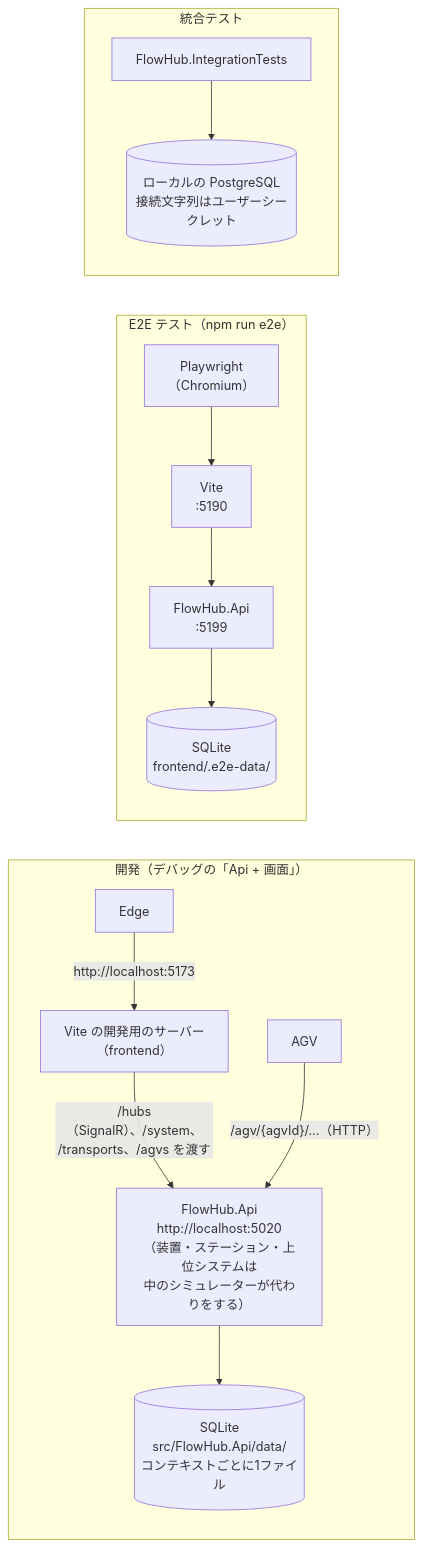
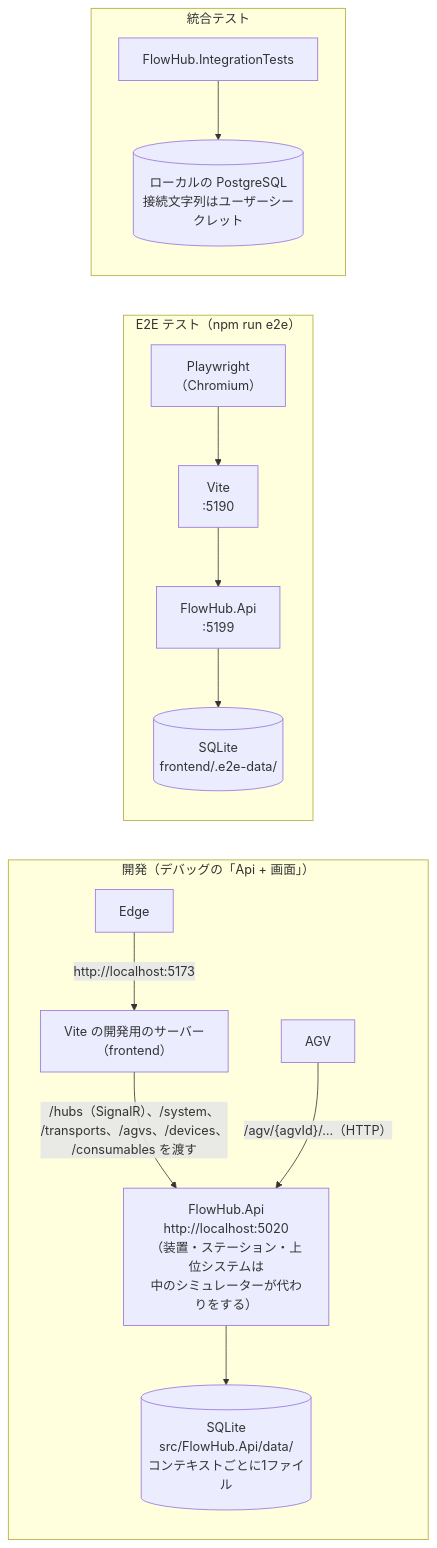
Before and after one commit to kkobaoh/flow-hub: the second of 3 diagrams in CLAUDE.md, drawn with Mermaid. The commit also changed 34 other files, not shown here.

````diff
--- a/CLAUDE.md
+++ b/CLAUDE.md
@@ -177,15 +177,15 @@
 ```mermaid
 flowchart LR
     subgraph dev["開発（デバッグの「Api + 画面」）"]
         Edge["Edge"] -->|"http://localhost:5173"| Vite["Vite の開発用のサーバー<br/>（frontend）"]
-        Vite -->|"/hubs（SignalR）、/system、<br/>/transports、/agvs を渡す"| Api["FlowHub.Api<br/>http://localhost:5020<br/>（装置・ステーション・上位システムは<br/>中のシミュレーターが代わりをする）"]
+        Vite -->|"/hubs（SignalR）、/system、<br/>/transports、/agvs、/devices、<br/>/consumables を渡す"| Api["FlowHub.Api<br/>http://localhost:5020<br/>（装置・ステーション・上位システムは<br/>中のシミュレーターが代わりをする）"]
         AGV["AGV"] -->|"/agv/{agvId}/…（HTTP）"| Api
         Api --> Sqlite[("SQLite<br/>src/FlowHub.Api/data/<br/>コンテキストごとに1ファイル")]
     end
     subgraph e2e["E2E テスト（npm run e2e）"]
         Chromium["Playwright<br/>（Chromium）"] --> ViteE2E["Vite<br/>:5190"] --> ApiE2E["FlowHub.Api<br/>:5199"] --> SqliteE2E[("SQLite<br/>frontend/.e2e-data/")]
     end
     subgraph it["統合テスト"]
         IntegrationTests["FlowHub.IntegrationTests"] --> Postgres[("ローカルの PostgreSQL<br/>接続文字列はユーザーシークレット")]
     end
 ```
````
